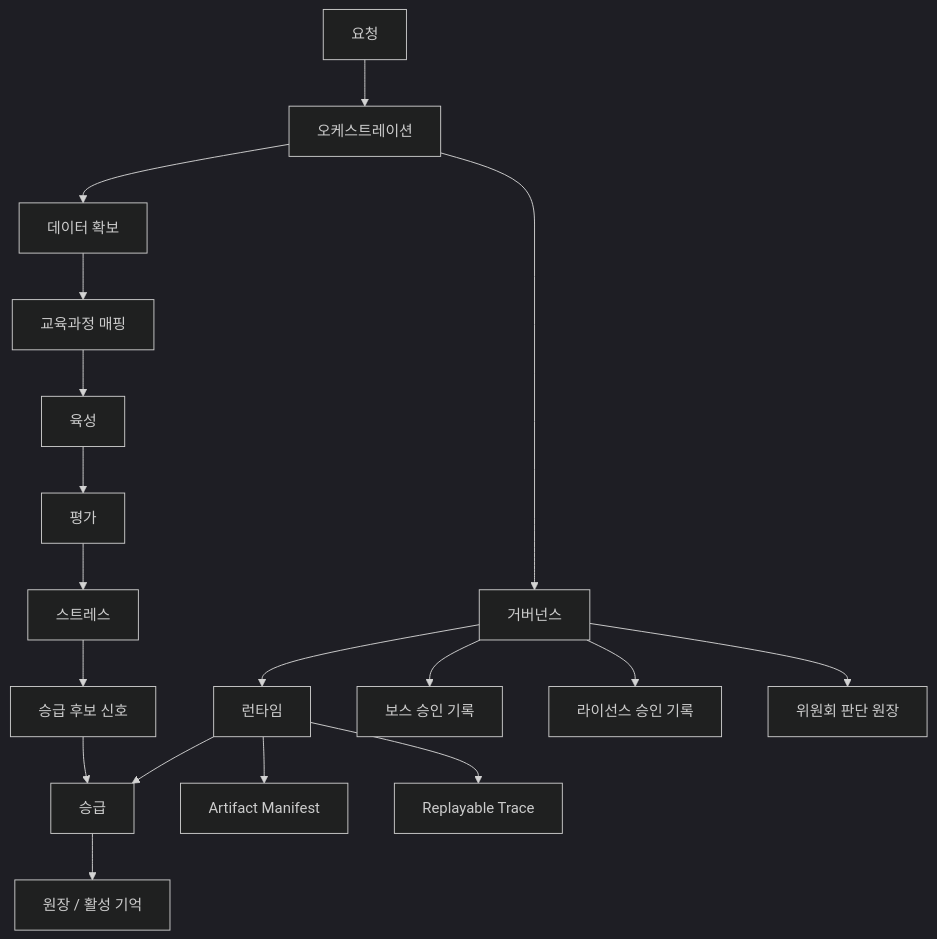
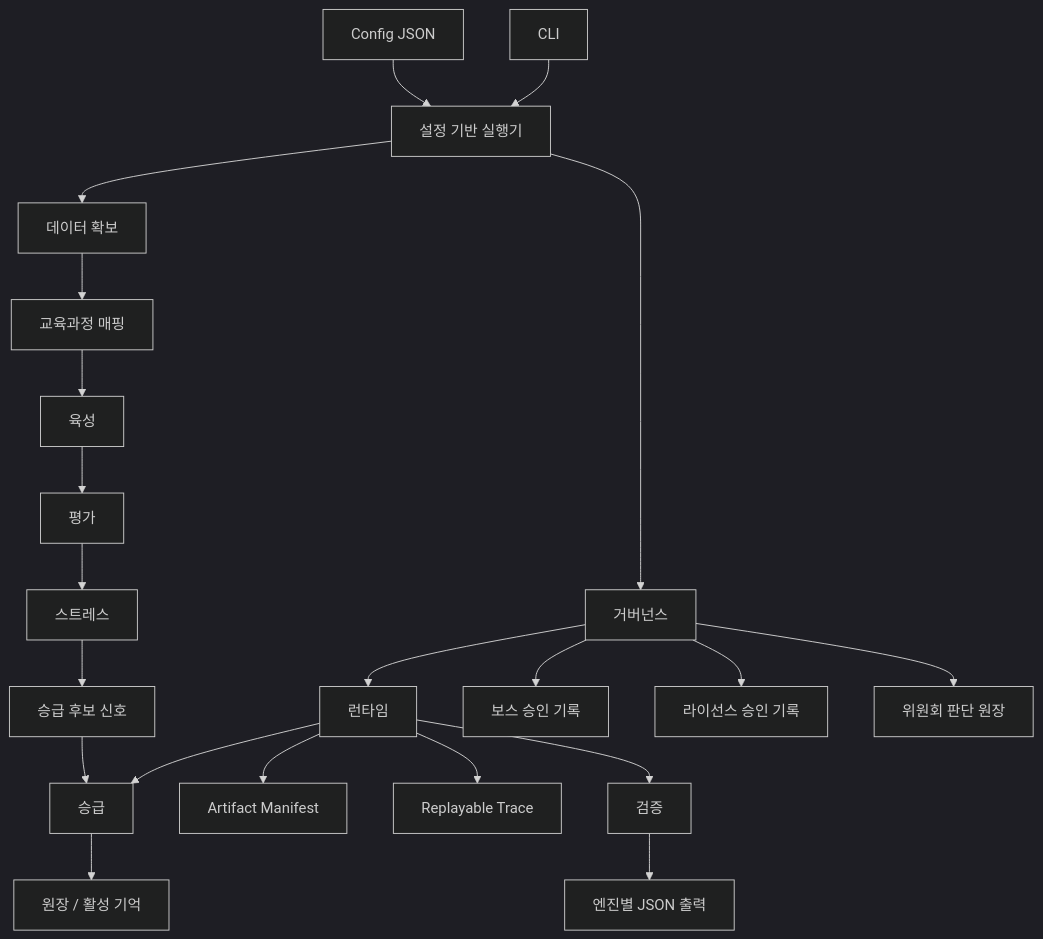
The diagram in docs/architecture.ko.md (sinmb79/22b-paideia-engines), drawn with Mermaid (dark theme) before and after one commit. The commit also changed other lines of this file and 15 other files, not shown here.

````diff
--- a/docs/architecture.ko.md
+++ b/docs/architecture.ko.md
@@ -7,20 +7,23 @@
 ```mermaid
 flowchart TD
-  A["요청"] --> O["오케스트레이션"]
-  O --> DA["데이터 확보"]
+  Config["Config JSON"] --> Runner["설정 기반 실행기"]
+  CLI["CLI"] --> Runner
+  Runner --> DA["데이터 확보"]
   DA --> CM["교육과정 매핑"]
   CM --> C["육성"]
   C --> AS["평가"]
   AS --> S["스트레스"]
   S --> PS["승급 후보 신호"]
   PS --> P["승급"]
-  O --> G["거버넌스"]
+  Runner --> G["거버넌스"]
   G --> R["런타임"]
   R --> AM["Artifact Manifest"]
   R --> RT["Replayable Trace"]
   R --> P
+  R --> V["검증"]
   P --> M["원장 / 활성 기억"]
   G --> B["보스 승인 기록"]
   G --> L["라이선스 승인 기록"]
   G --> CD["위원회 판단 원장"]
+  V --> OUT["엔진별 JSON 출력"]
 ```
````
